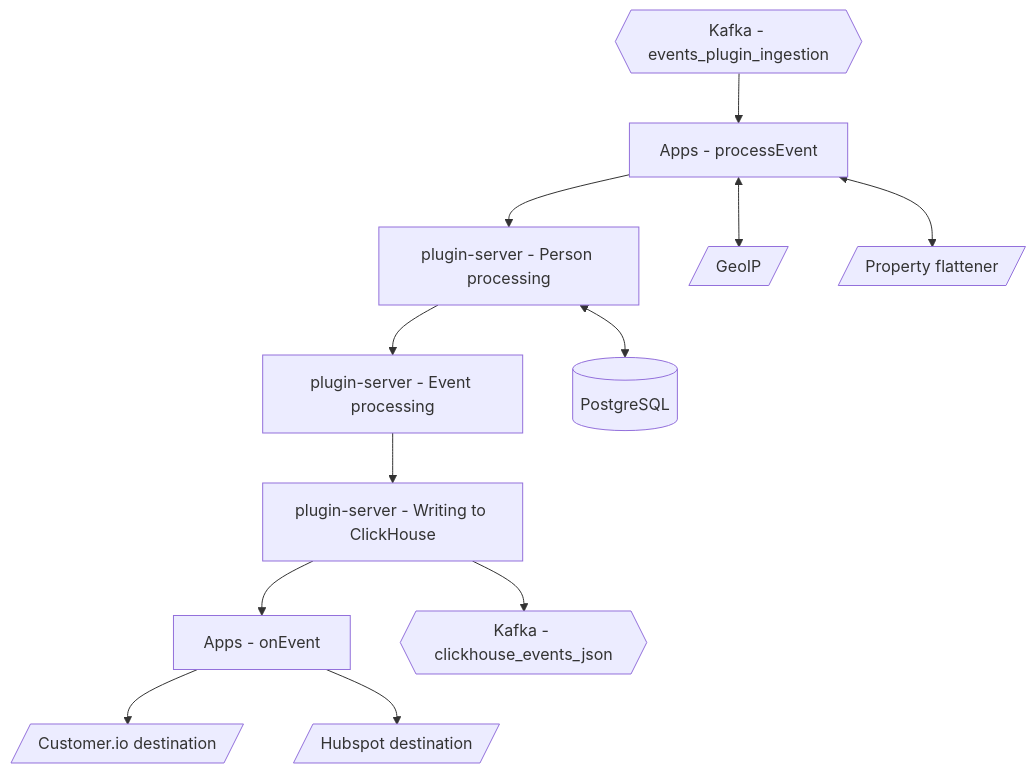
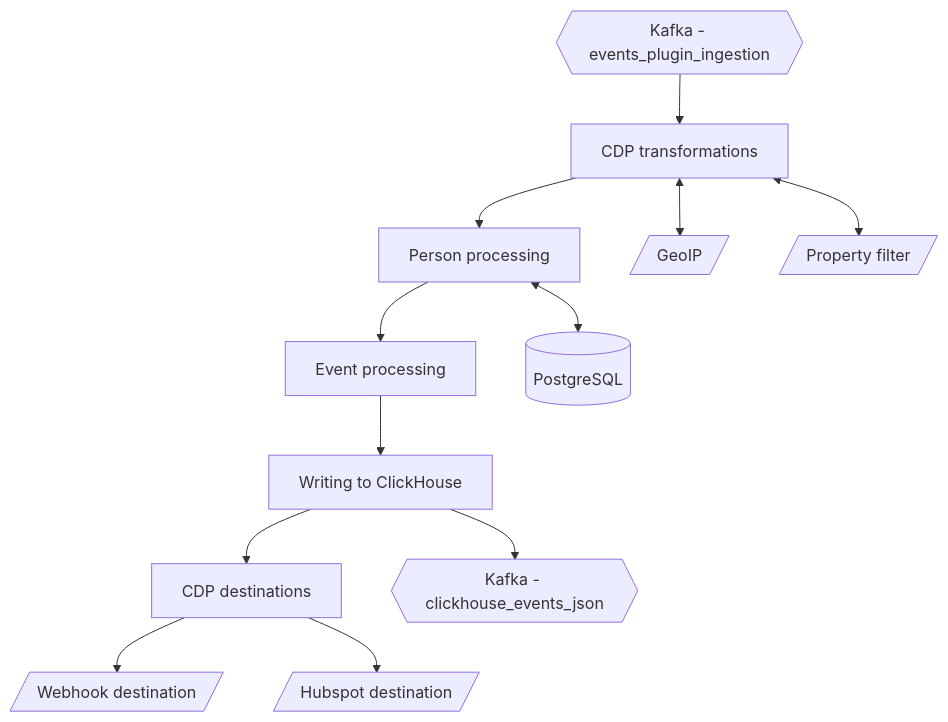
The second of 2 diagrams in contents/docs/how-posthog-works/ingestion-pipeline.mdx (PostHog/posthog.com), drawn with Mermaid before and after one commit. The commit also changed other lines of this file and 2 other files, not shown here.

First line of the commit message:
Update how-posthog-works architecture diagrams to reflect current state

````diff
--- a/contents/docs/how-posthog-works/ingestion-pipeline.mdx
+++ b/contents/docs/how-posthog-works/ingestion-pipeline.mdx
@@ -46,32 +43,32 @@
 ```mermaid
 flowchart TD
-    STEP2["Apps - processEvent"]
-    STEP3["plugin-server - Person processing"]
-    STEP4["plugin-server - Event processing"]
-    STEP5["plugin-server - Writing to ClickHouse"]
-    STEP6["Apps - onEvent"]
+    STEP2["CDP transformations"]
+    STEP3["Person processing"]
+    STEP4["Event processing"]
+    STEP5["Writing to ClickHouse"]
+    STEP6["CDP destinations"]
     APPS1[/"GeoIP"/]
-    APPS3[/"Property flattener"/]
-    APPS2[/"Customer.io destination"/]
+    APPS3[/"Property filter"/]
+    APPS2[/"Webhook destination"/]
     APPS4[/"Hubspot destination"/]
     PERSONS[("PostgreSQL")]
     KafkaIn{{"Kafka - events_plugin_ingestion"}}
     KafkaOut{{"Kafka - clickhouse_events_json"}}
 
     KafkaIn --> STEP2
 
     STEP2 --> STEP3
     STEP3 --> STEP4
     STEP4 --> STEP5
     STEP5 --> STEP6
 
     STEP2 <--> APPS1
     STEP2 <--> APPS3
     STEP6 --> APPS2
     STEP6 --> APPS4
 
     STEP5 --> KafkaOut
 
     STEP3 <--> PERSONS
 
 ```
````
